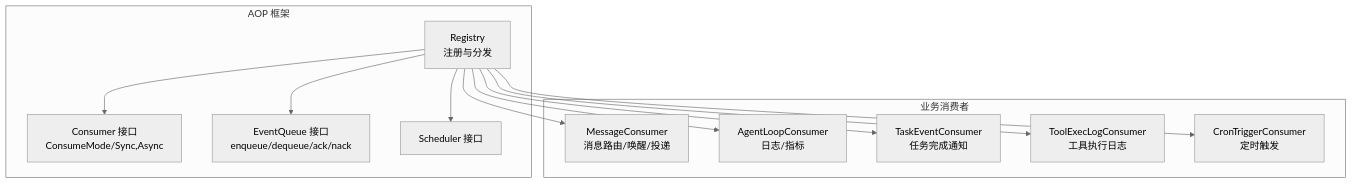
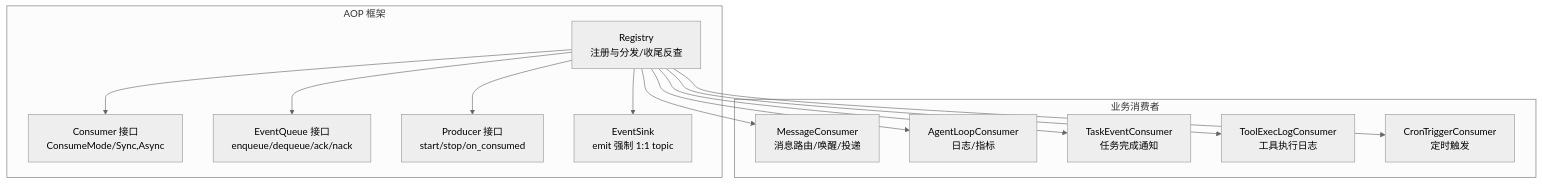
One commit to runningcoders/ai_orz changed the first of 5 diagrams in docs/wiki/zh/content/核心模块/AOP 事件系统/消费者框架/消费者接口规范.md. Above: the diagram before and after it, drawn with Mermaid (neutral theme). The commit also changed other lines of this file and 37 other files, not shown here.

````diff
--- a/docs/wiki/zh/content/核心模块/AOP 事件系统/消费者框架/消费者接口规范.md
+++ b/docs/wiki/zh/content/核心模块/AOP 事件系统/消费者框架/消费者接口规范.md
@@ -63,24 +77,26 @@
 ```mermaid
 graph TB
 subgraph "AOP 框架"
-REG["Registry<br/>注册与分发"]
+REG["Registry<br/>注册与分发/收尾反查"]
 CONSUMER_IF["Consumer 接口<br/>ConsumeMode/Sync,Async"]
 QUEUE_IF["EventQueue 接口<br/>enqueue/dequeue/ack/nack"]
-SCHED["Scheduler 接口"]
+PROD["Producer 接口<br/>start/stop/on_consumed"]
+SINK["EventSink<br/>emit 强制 1:1 topic"]
 end
 subgraph "业务消费者"
 MSGC["MessageConsumer<br/>消息路由/唤醒/投递"]
 LOOPC["AgentLoopConsumer<br/>日志/指标"]
 TASKC["TaskEventConsumer<br/>任务完成通知"]
 LOGC["ToolExecLogConsumer<br/>工具执行日志"]
 CRONC["CronTriggerConsumer<br/>定时触发"]
 end
 REG --> CONSUMER_IF
 REG --> QUEUE_IF
-REG --> SCHED
+REG --> PROD
+REG --> SINK
 REG --> MSGC
 REG --> LOOPC
 REG --> TASKC
 REG --> LOGC
 REG --> CRONC
 ```
````
